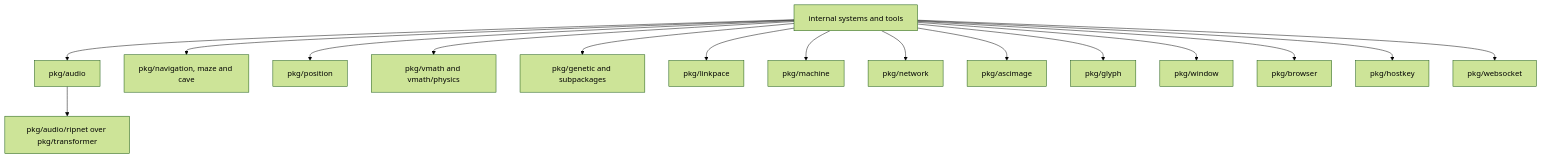
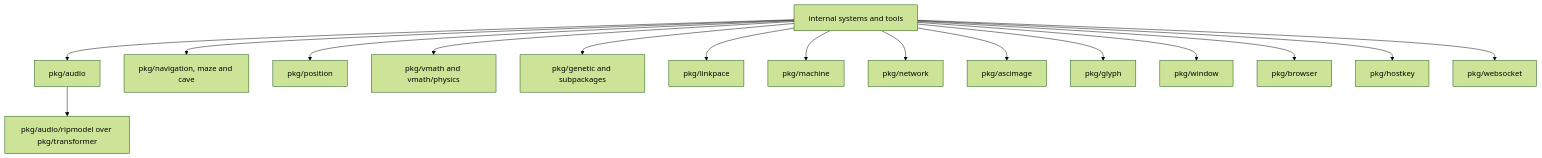
Before and after one commit to lixenwraith/vif: the fourth of 4 diagrams in doc/package-map.md, drawn with Mermaid (forest theme). The commit also changed other lines of this file and 18 other files, not shown here.

````diff
--- a/doc/package-map.md
+++ b/doc/package-map.md
@@ -112,18 +112,18 @@
 ```mermaid
 flowchart TD
     Game["internal systems and tools"] --> Audio["pkg/audio"]
     Game --> Nav["pkg/navigation, maze and cave"]
     Game --> Position["pkg/position"]
     Game --> Physics["pkg/vmath and vmath/physics"]
     Game --> Genetic["pkg/genetic and subpackages"]
     Game --> Link["pkg/linkpace"]
     Game --> Machine["pkg/machine"]
     Game --> Network["pkg/network"]
     Game --> Image["pkg/ascimage"]
     Game --> Glyph["pkg/glyph"]
     Game --> Window["pkg/window"]
     Game --> Browser["pkg/browser"]
     Game --> HostKey["pkg/hostkey"]
     Game --> Socket["pkg/websocket"]
-    Audio --> Net["pkg/audio/ripnet over pkg/transformer"]
+    Audio --> Net["pkg/audio/ripmodel over pkg/transformer"]
 ```
````
